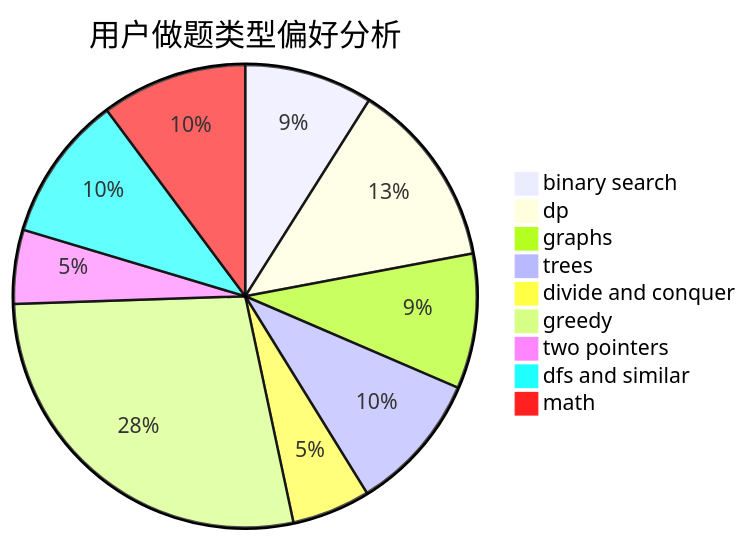
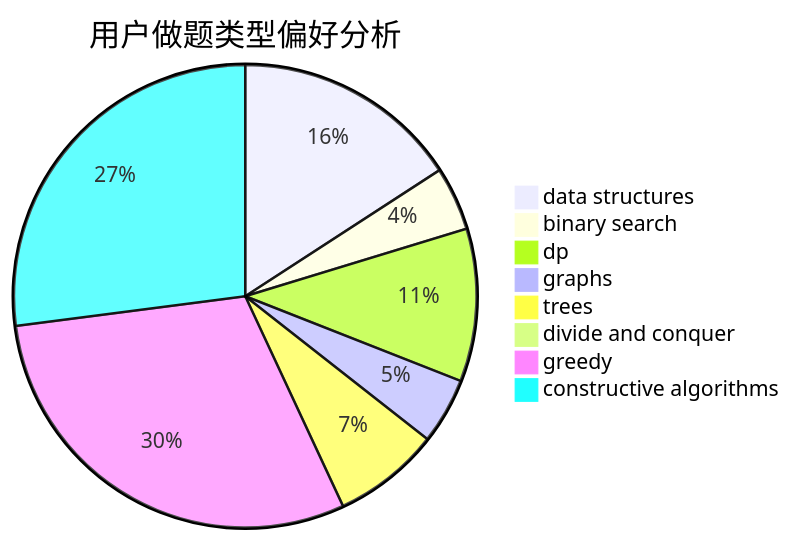
Before and after one commit to sherpahu/cfrs.github.io: the second of 3 diagrams in docs/user/u749.md, drawn with Mermaid. The commit also changed other lines of this file and 2775 other files, not shown here.

````diff
--- a/docs/user/u749.md
+++ b/docs/user/u749.md
@@ -23,12 +23,11 @@
 ```mermaid
 pie title 用户做题类型偏好分析
-    "binary search" :  59
-    "dp" :  86
-    "graphs" :  62
-    "trees" :  64
-    "divide and conquer" :  36
-    "greedy" :  183
-    "two pointers" :  34
-    "dfs and similar" :  67
-    "math" :  67
+    "data structures" :  89
+    "binary search" :  25
+    "dp" :  60
+    "graphs" :  26
+    "trees" :  42
+    "divide and conquer" :  0
+    "greedy" :  168
+    "constructive algorithms" :  152
 ```
````
